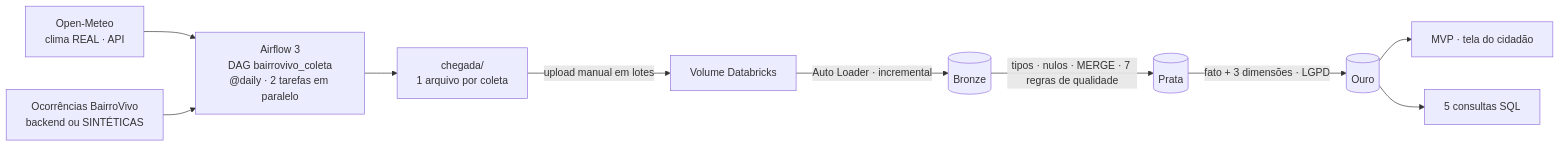
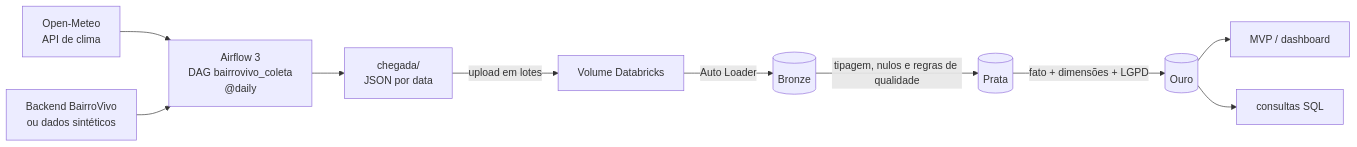
The diagram in README.md (fabriziomaia/gs_bigdata_bairrovivo), drawn with Mermaid before and after one commit. The commit also changed other lines of this file, not shown here.

````diff
--- a/README.md
+++ b/README.md
@@ -20,12 +36,12 @@
 ```mermaid
 flowchart LR
-    A[Open-Meteo<br/>clima REAL · API] --> D
-    B[Ocorrências BairroVivo<br/>backend ou SINTÉTICAS] --> D
-    D[Airflow 3<br/>DAG bairrovivo_coleta<br/>@daily · 2 tarefas em paralelo] --> E[chegada/<br/>1 arquivo por coleta]
-    E -->|upload manual em lotes| F[Volume Databricks]
-    F -->|Auto Loader · incremental| G[(Bronze)]
-    G -->|tipos · nulos · MERGE · 7 regras de qualidade| H[(Prata)]
-    H -->|fato + 3 dimensões · LGPD| I[(Ouro)]
-    I --> J[MVP · tela do cidadão]
-    I --> K[5 consultas SQL]
+    A[Open-Meteo<br/>API de clima] --> D
+    B[Backend BairroVivo<br/>ou dados sintéticos] --> D
+    D[Airflow 3<br/>DAG bairrovivo_coleta<br/>@daily] --> E[chegada/<br/>JSON por data]
+    E -->|upload em lotes| F[Volume Databricks]
+    F -->|Auto Loader| G[(Bronze)]
+    G -->|tipagem, nulos e regras de qualidade| H[(Prata)]
+    H -->|fato + dimensões + LGPD| I[(Ouro)]
+    I --> J[MVP / dashboard]
+    I --> K[consultas SQL]
 ```
````
